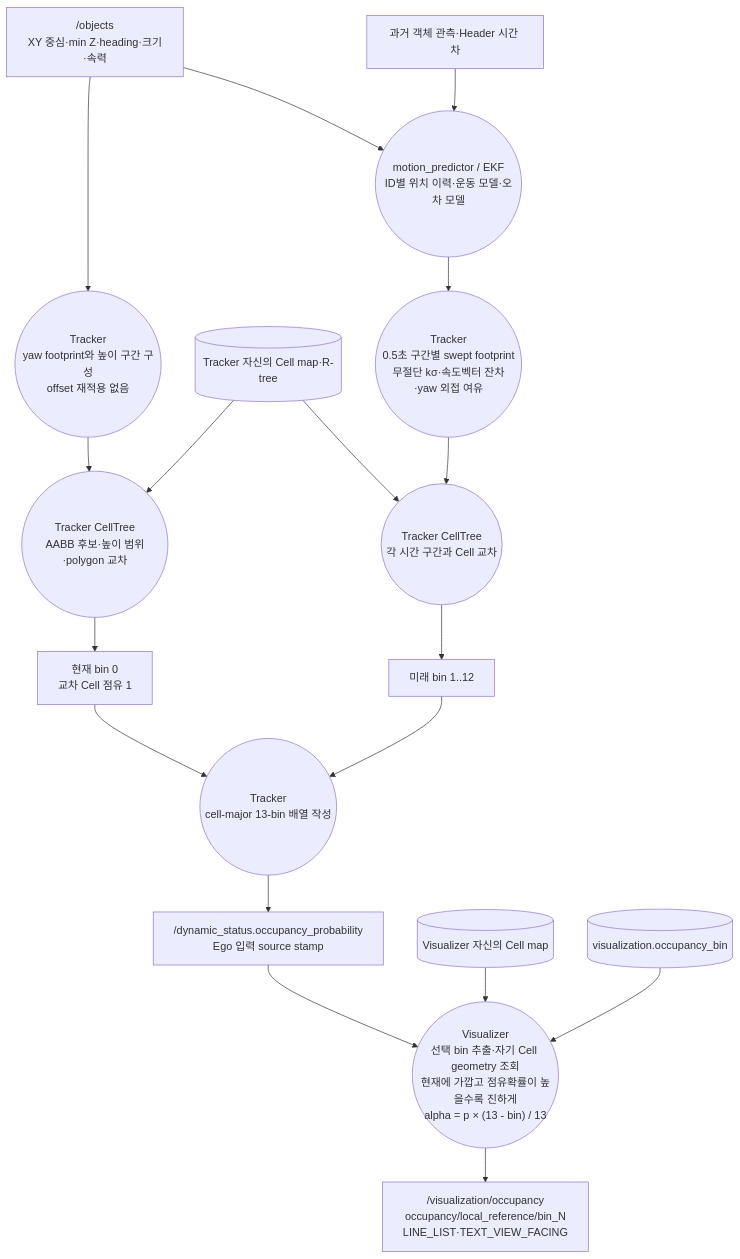
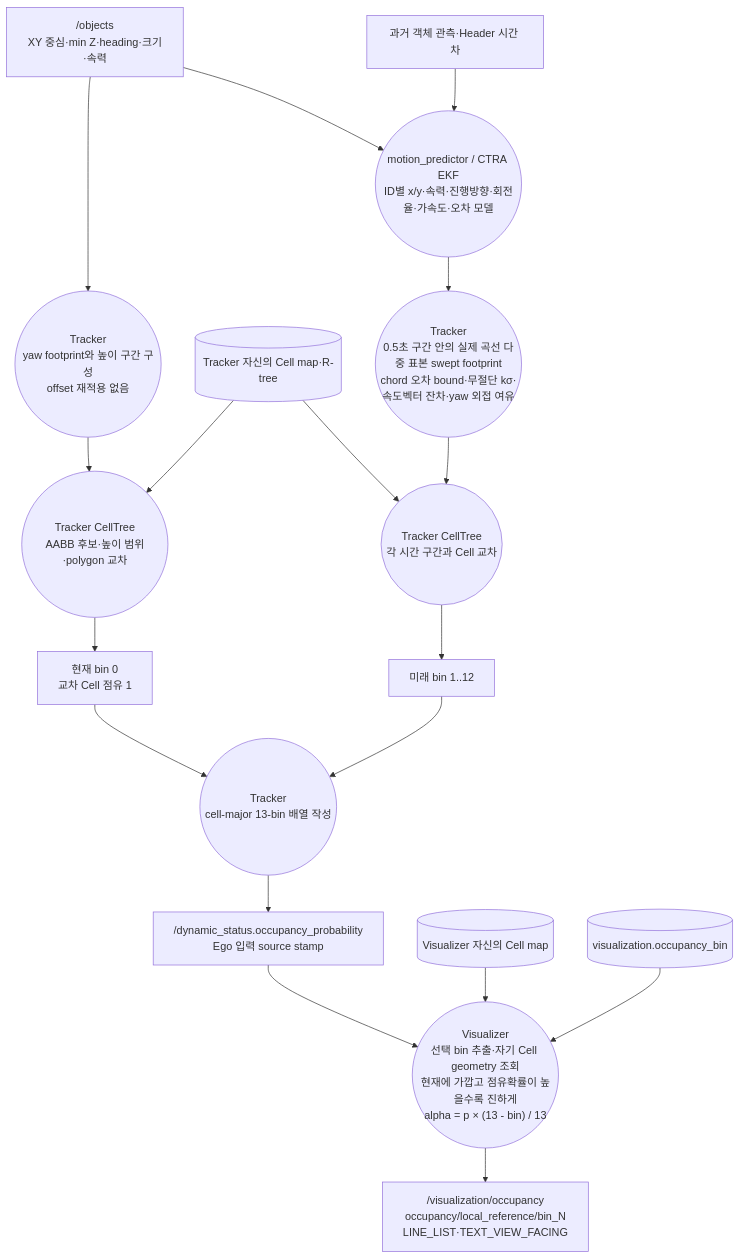
Before and after one commit to Team-Stier/HL-FMA2026-sim-stier: the seventh of 14 diagrams in docs/DataPipeline.md, drawn with Mermaid. The commit also changed other lines of this file and 11 other files, not shown here.

Commit message:
Upgrade dynamic occupancy to CTRA EKF

````diff
--- a/docs/DataPipeline.md
+++ b/docs/DataPipeline.md
@@ -131,20 +131,20 @@
 ```mermaid
 flowchart TD
     OBJECTS["/objects<br/>XY 중심·min Z·heading·크기·속력"] --> BOX(("Tracker<br/>yaw footprint와 높이 구간 구성<br/>offset 재적용 없음"))
     BOX --> CURRENT(("Tracker CellTree<br/>AABB 후보·높이 범위·polygon 교차"))
     MAP[("Tracker 자신의 Cell map·R-tree")] --> CURRENT
     CURRENT --> NOW["현재 bin 0<br/>교차 Cell 점유 1"]
-    OBJECTS --> PREDICT(("motion_predictor / EKF<br/>ID별 위치 이력·운동 모델·오차 모델"))
+    OBJECTS --> PREDICT(("motion_predictor / CTRA EKF<br/>ID별 x/y·속력·진행방향·회전율·가속도·오차 모델"))
     HISTORY["과거 객체 관측·Header 시간 차"] --> PREDICT
-    PREDICT --> SWEEP(("Tracker<br/>0.5초 구간별 swept footprint<br/>무절단 kσ·속도벡터 잔차·yaw 외접 여유"))
+    PREDICT --> SWEEP(("Tracker<br/>0.5초 구간 안의 실제 곡선 다중 표본 swept footprint<br/>chord 오차 bound·무절단 kσ·속도벡터 잔차·yaw 외접 여유"))
     SWEEP --> FUTURE(("Tracker CellTree<br/>각 시간 구간과 Cell 교차"))
     MAP --> FUTURE
     FUTURE --> BINS["미래 bin 1..12"]
     NOW --> ARRAY(("Tracker<br/>cell-major 13-bin 배열 작성"))
     BINS --> ARRAY
     ARRAY --> DS["/dynamic_status.occupancy_probability<br/>Ego 입력 source stamp"]
     DS --> DISPLAY(("Visualizer<br/>선택 bin 추출·자기 Cell geometry 조회<br/>현재에 가깝고 점유확률이 높을수록 진하게<br/>alpha = p × (13 - bin) / 13"))
     VMAP[("Visualizer 자신의 Cell map")] --> DISPLAY
     CONFIG[("visualization.occupancy_bin")] --> DISPLAY
     DISPLAY --> MARKERS["/visualization/occupancy<br/>occupancy/local_reference/bin_N<br/>LINE_LIST·TEXT_VIEW_FACING"]
 ```
````
